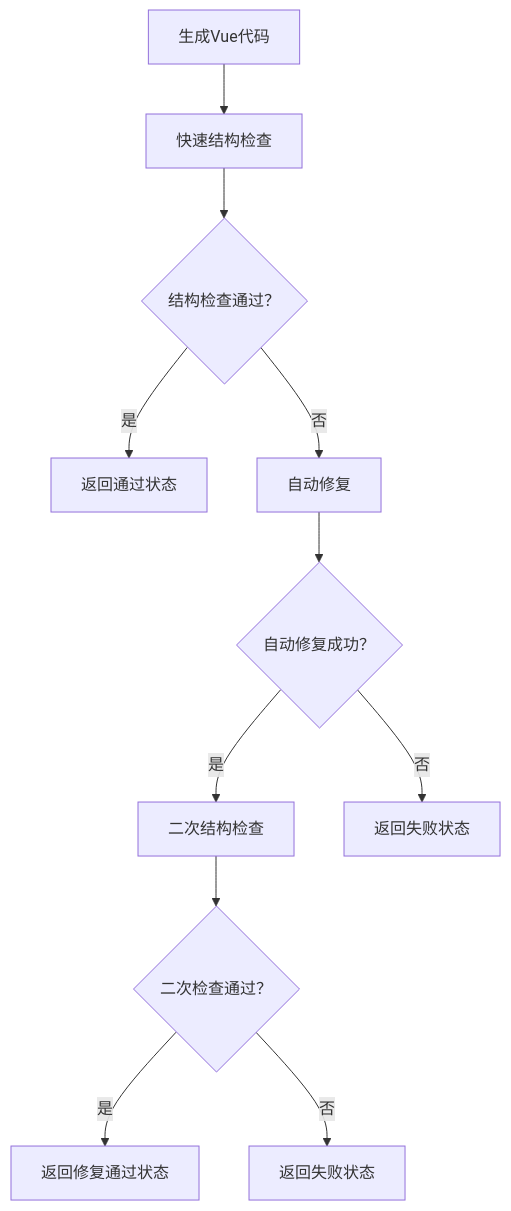
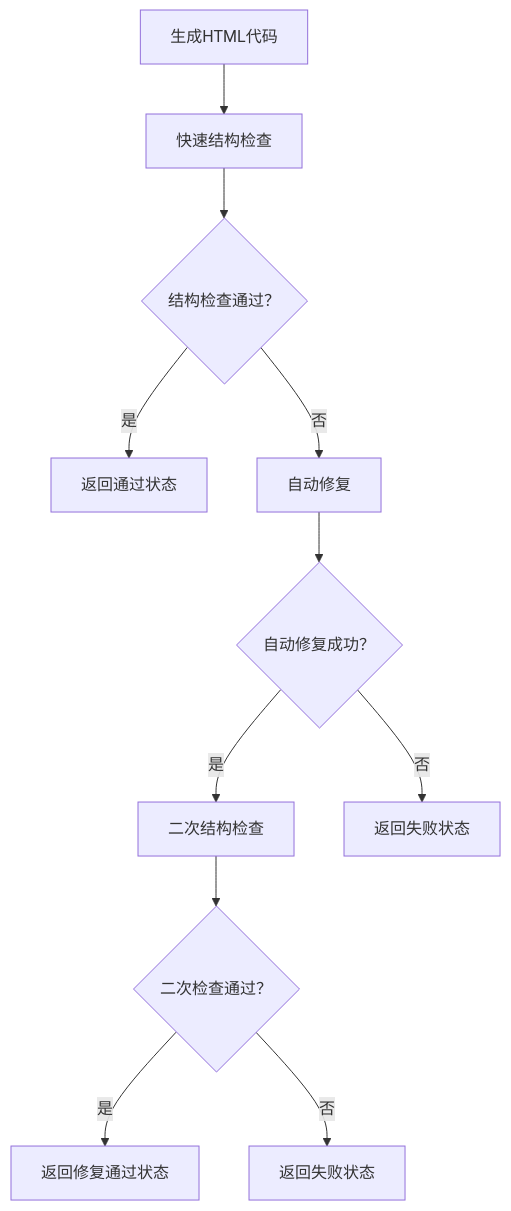
The seventh of 7 diagrams in .qoder/repowiki/zh/content/AI工作流系统/AI节点分析/代码审查节点.md (CyanYuKi/WebSiteFrontendCodeMother), drawn with Mermaid before and after one commit. The commit also changed other lines of this file and 12 other files, not shown here.

````diff
--- a/.qoder/repowiki/zh/content/AI工作流系统/AI节点分析/代码审查节点.md
+++ b/.qoder/repowiki/zh/content/AI工作流系统/AI节点分析/代码审查节点.md
@@ -438,13 +475,13 @@
 ```mermaid
 flowchart TD
-A["生成Vue代码"] --> B["快速结构检查"]
+A["生成HTML代码"] --> B["快速结构检查"]
 B --> C{"结构检查通过？"}
 C --> |是| D["返回通过状态"]
 C --> |否| E["自动修复"]
 E --> F{"自动修复成功？"}
 F --> |是| G["二次结构检查"]
 G --> H{"二次检查通过？"}
 H --> |是| I["返回修复通过状态"]
 H --> |否| J["返回失败状态"]
 F --> |否| K["返回失败状态"]
 ```
````
